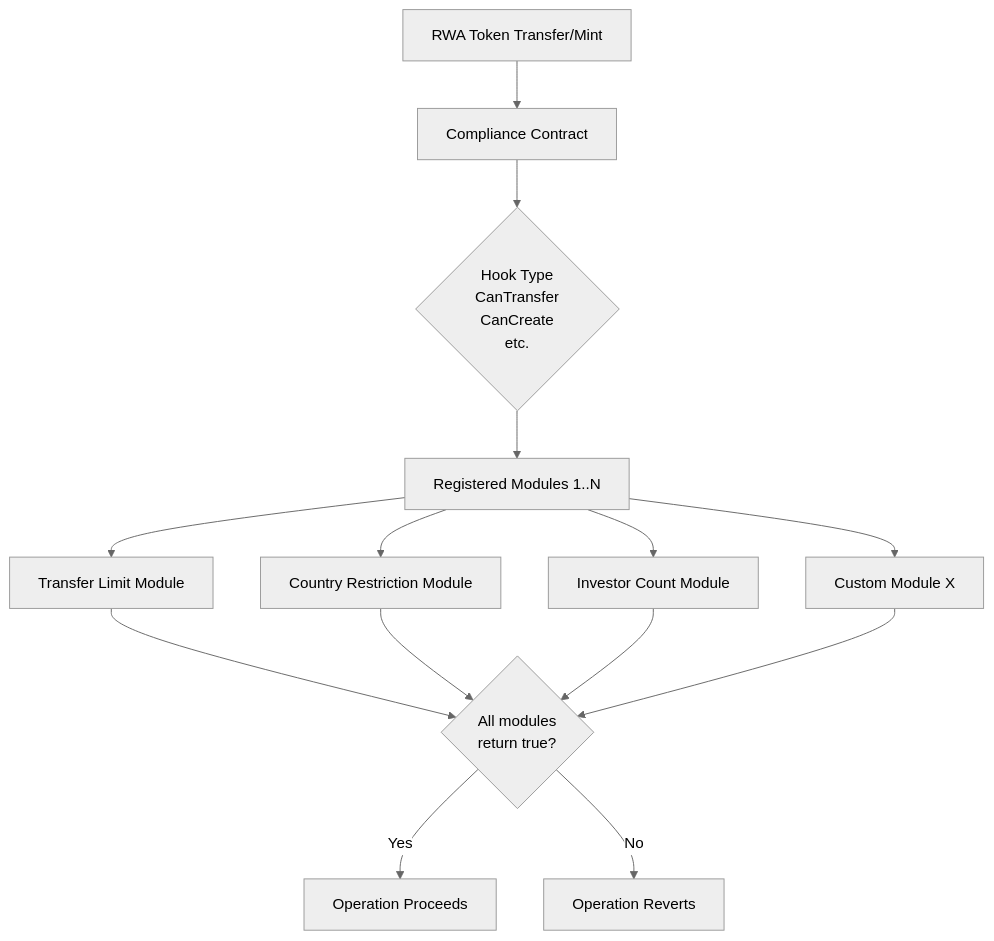
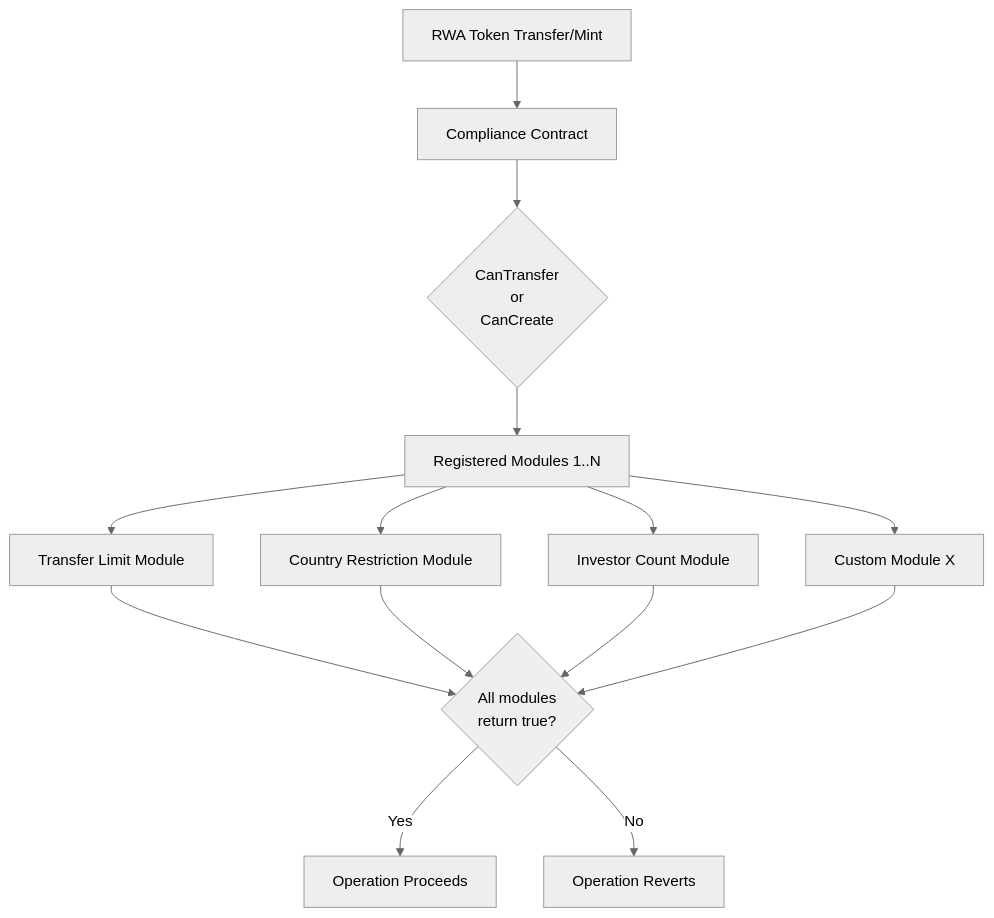
The diagram in content/stellar-contracts/tokens/rwa/rwa.mdx (OpenZeppelin/docs), drawn with Mermaid (neutral theme) before and after one commit.

````diff
--- a/content/stellar-contracts/tokens/rwa/rwa.mdx
+++ b/content/stellar-contracts/tokens/rwa/rwa.mdx
@@ -247,16 +247,16 @@
 ```mermaid
 graph TD
     A[RWA Token Transfer/Mint] --> B[Compliance Contract]
-    B --> C{Hook Type<br/>CanTransfer<br/>CanCreate<br/>etc.}
+    B --> C{CanTransfer<br/>or<br/>CanCreate}
     C --> D[Registered Modules 1..N]
     D --> E[Transfer Limit Module]
     D --> F[Country Restriction Module]
     D --> G[Investor Count Module]
     D --> H[Custom Module X]
     E --> I{All modules<br/>return true?}
     F --> I
     G --> I
     H --> I
     I -->|Yes| J[Operation Proceeds]
     I -->|No| K[Operation Reverts]
 ```
````
